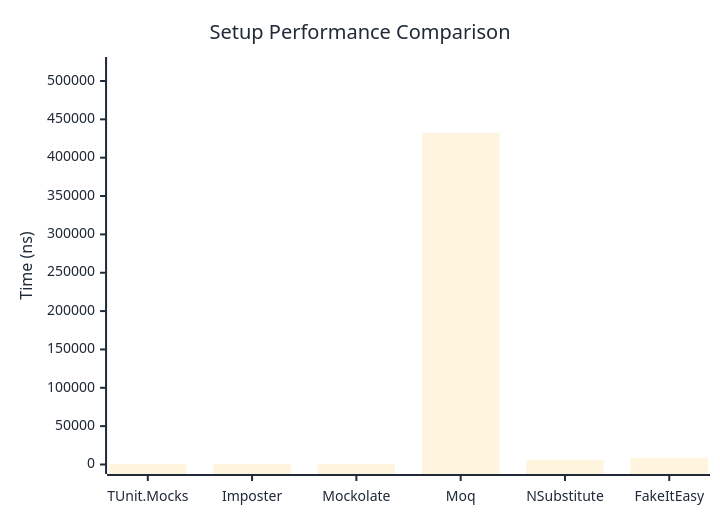
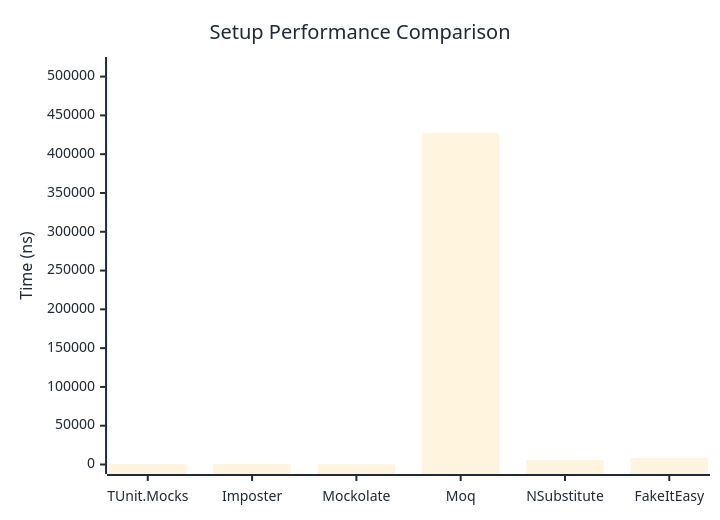
The first of 2 diagrams in docs/docs/benchmarks/mocks/Setup.md (weiyilai/TUnit), drawn with Mermaid before and after one commit. The commit also changed other lines of this file and 14 other files, not shown here.

````diff
--- a/docs/docs/benchmarks/mocks/Setup.md
+++ b/docs/docs/benchmarks/mocks/Setup.md
@@ -28,27 +28,27 @@
 ```mermaid
 %%{init: {
   'theme':'base',
   'themeVariables': {
     'primaryColor': '#2563eb',
     'primaryTextColor': '#1f2937',
     'primaryBorderColor': '#1e40af',
     'lineColor': '#6b7280',
     'secondaryColor': '#7c3aed',
     'tertiaryColor': '#dc2626',
     'background': '#ffffff',
     'pie1': '#2563eb',
     'pie2': '#7c3aed',
     'pie3': '#dc2626',
     'pie4': '#f59e0b',
     'pie5': '#10b981',
     'pie6': '#06b6d4',
     'pie7': '#ec4899',
     'pie8': '#6366f1'
   }
 }}%%
 xychart-beta
   title "Setup Performance Comparison"
   x-axis ["TUnit.Mocks", "Imposter", "Mockolate", "Moq", "NSubstitute", "FakeItEasy"]
-  y-axis "Time (ns)" 0 --> 518886
-  bar [438.7, 822.1, 367.8, 432404.8, 6012, 8634.9]
+  y-axis "Time (ns)" 0 --> 513020
+  bar [445, 842.6, 364, 427515.9, 5761, 8288.3]
 ```
````
